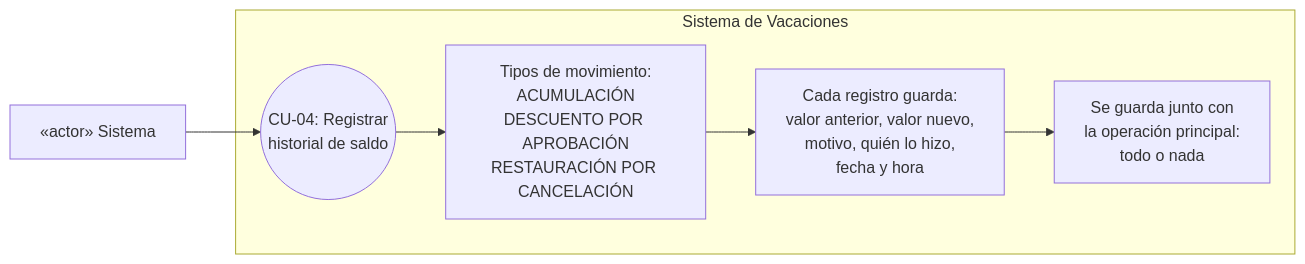
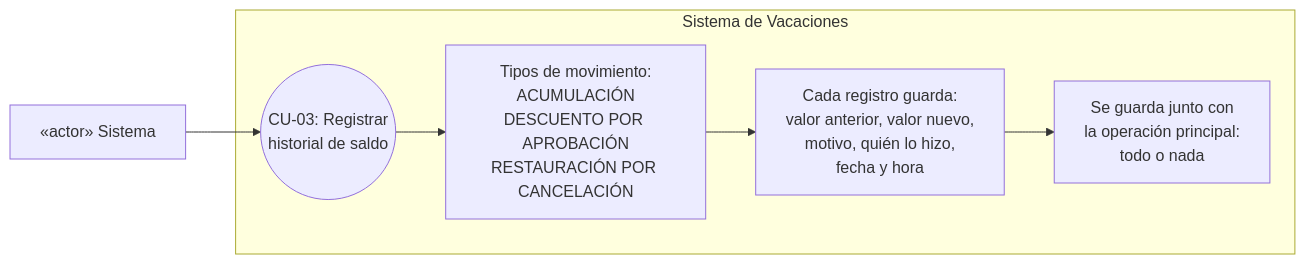
Before and after one commit to Oscar26-zs/Solicitud_de_Vacaciones: the third of 19 diagrams in docs/use-case-diagrams.md, drawn with Mermaid. The commit also changed other lines of this file and 1 other file, not shown here.

````diff
--- a/docs/use-case-diagrams.md
+++ b/docs/use-case-diagrams.md
@@ -111,11 +90,11 @@
 ```mermaid
 graph LR
     subgraph S["Sistema de Vacaciones"]
-        CU04(("CU-04: Registrar<br/>historial de saldo"))
+        CU03(("CU-03: Registrar<br/>historial de saldo"))
         T1["Tipos de movimiento:<br/>ACUMULACIÓN<br/>DESCUENTO POR APROBACIÓN<br/>RESTAURACIÓN POR CANCELACIÓN"]
         T2["Cada registro guarda:<br/>valor anterior, valor nuevo,<br/>motivo, quién lo hizo,<br/>fecha y hora"]
         T3["Se guarda junto con<br/>la operación principal:<br/>todo o nada"]
-        CU04 --> T1 --> T2 --> T3
+        CU03 --> T1 --> T2 --> T3
     end
-    Sis["«actor» Sistema"] --> CU04
+    Sis["«actor» Sistema"] --> CU03
 ```
````
